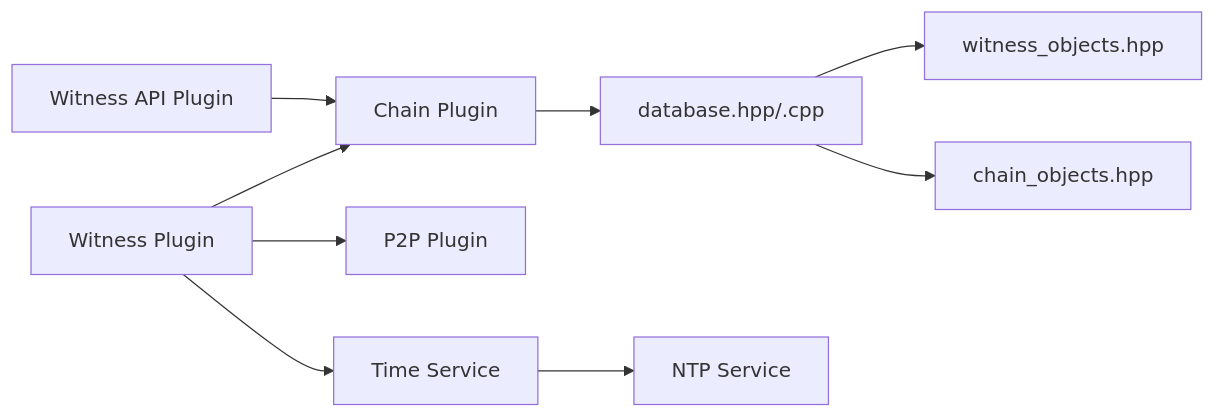
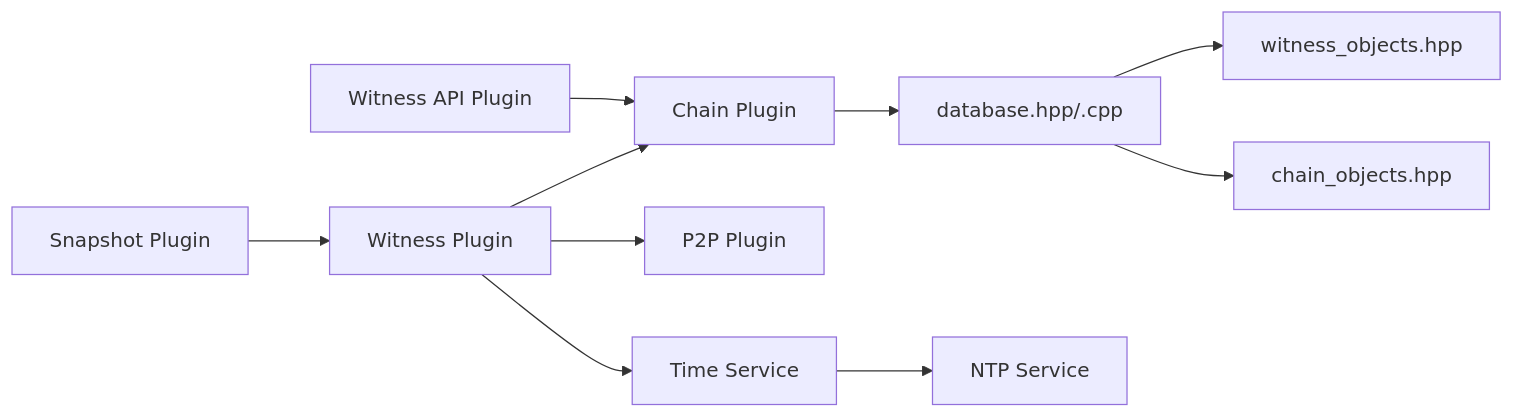
The sixth of 6 diagrams in .qoder/repowiki/en/content/Witness.md (VIZ-Blockchain/viz-cpp-node), drawn with Mermaid before and after one commit. The commit also changed other lines of this file and 4 other files, not shown here.

````diff
--- a/.qoder/repowiki/en/content/Witness.md
+++ b/.qoder/repowiki/en/content/Witness.md
@@ -365,11 +403,12 @@
 ```mermaid
 graph LR
 WITNESS["Witness Plugin"] --> CHAIN["Chain Plugin"]
 WITNESS --> P2P["P2P Plugin"]
 WITNESS --> TIME["Time Service"]
 WAPI["Witness API Plugin"] --> CHAIN
+SNAPSHOT["Snapshot Plugin"] --> WITNESS
 CHAIN --> DB["database.hpp/.cpp"]
 DB --> WITNESS_OBJ["witness_objects.hpp"]
 DB --> BPV_OBJ["chain_objects.hpp"]
 TIME --> NTP["NTP Service"]
 ```
````
